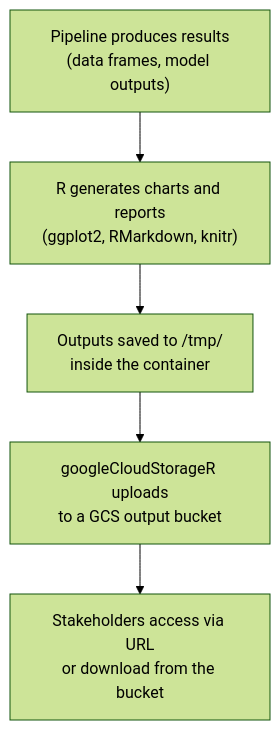
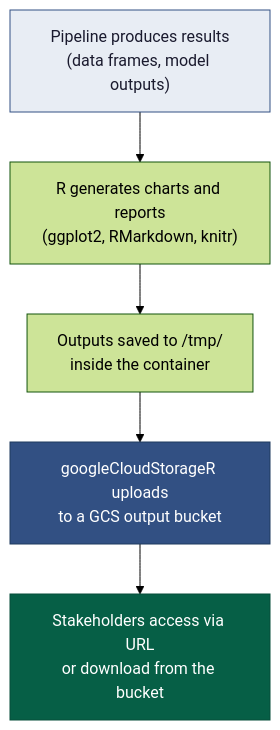
One commit to Ch3w3y/docker_gcp changed the diagram in docs/outputs-and-reporting.md. Above: the diagram before and after it, drawn with Mermaid (forest theme). The commit also changed 3 other files, not shown here.

First line of the commit message:
fix(a11y): add node styles to remaining unstyled diagrams

````diff
--- a/docs/outputs-and-reporting.md
+++ b/docs/outputs-and-reporting.md
@@ -20,10 +20,13 @@
 ```mermaid
 flowchart TD
     A["Pipeline produces results<br/>(data frames, model outputs)"]
     B["R generates charts and reports<br/>(ggplot2, RMarkdown, knitr)"]
     C["Outputs saved to /tmp/<br/>inside the container"]
     D["googleCloudStorageR uploads<br/>to a GCS output bucket"]
     E["Stakeholders access via URL\nor download from the bucket"]
 
     A --> B --> C --> D --> E
+    style A fill:#e8edf4,stroke:#325083,color:#1a1a2e
+    style D fill:#325083,stroke:#1e3a5f,color:#ffffff
+    style E fill:#065f46,stroke:#064e3b,color:#ffffff
 ```
````
